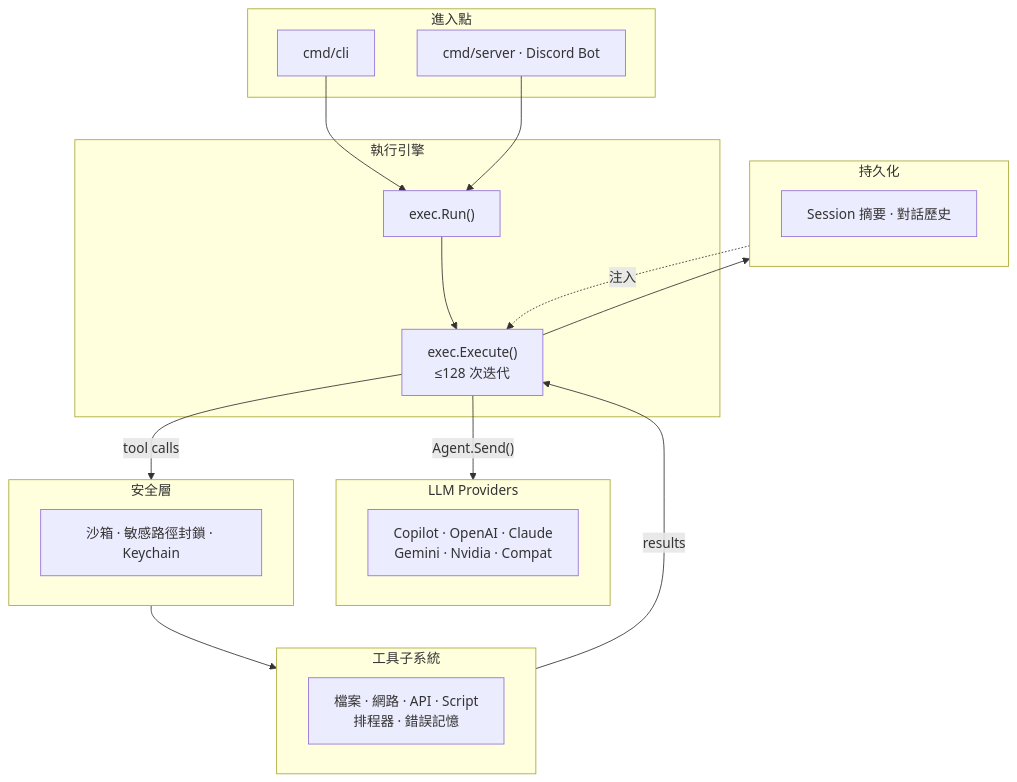
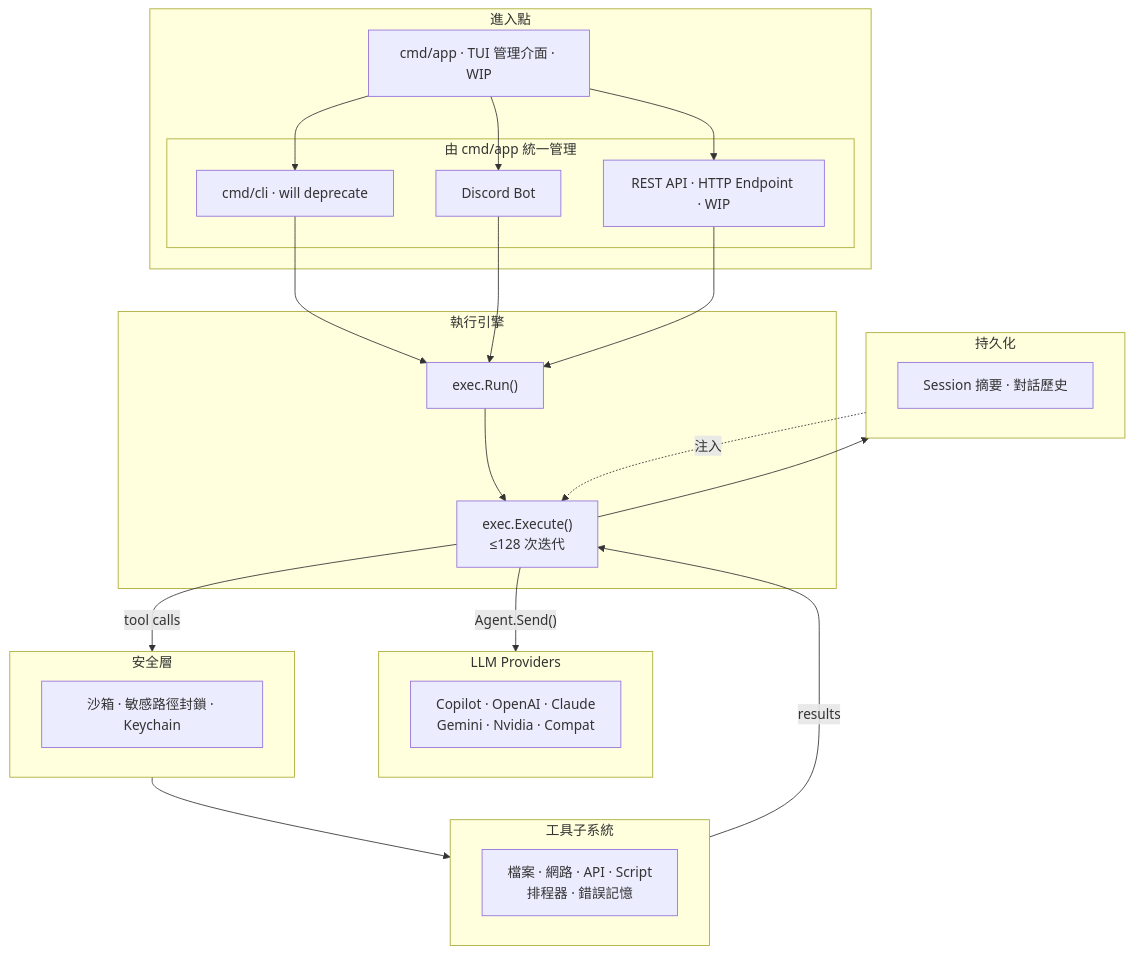
The first of 6 diagrams in doc/architecture.zh.md (pardnchiu/Agenvoy), drawn with Mermaid before and after one commit. The commit also changed 5 other files, not shown here.

Commit message:
feat: Integrate Discord bot and REST API into cmd/app and session format renderers

````diff
--- a/doc/architecture.zh.md
+++ b/doc/architecture.zh.md
@@ -9,38 +9,46 @@
 ```mermaid
 graph TB
     subgraph Entry ["進入點"]
-        CLI["cmd/cli"]
-        Discord["cmd/server · Discord Bot"]
+        App["cmd/app · TUI 管理介面 · WIP"]
+        subgraph Managed ["由 cmd/app 統一管理"]
+            CLI["cmd/cli · will deprecate"]
+            Discord["Discord Bot"]
+            API["REST API · HTTP Endpoint · WIP"]
+        end
     end
 
     subgraph Engine ["執行引擎"]
         Run["exec.Run()"]
         Execute["exec.Execute()\n≤128 次迭代"]
     end
 
     subgraph Providers ["LLM Providers"]
         P["Copilot · OpenAI · Claude\nGemini · Nvidia · Compat"]
     end
 
     subgraph Security ["安全層"]
         S["沙箱 · 敏感路徑封鎖 · Keychain"]
     end
 
     subgraph Tools ["工具子系統"]
         T["檔案 · 網路 · API · Script\n排程器 · 錯誤記憶"]
     end
 
     subgraph Persistence ["持久化"]
         PS["Session 摘要 · 對話歷史"]
     end
 
+    App --> CLI
+    App --> Discord
+    App --> API
     CLI --> Run
     Discord --> Run
+    API --> Run
     Run --> Execute
     Execute -->|"Agent.Send()"| Providers
     Execute -->|"tool calls"| Security
     Security --> Tools
     Tools -->|"results"| Execute
     Execute --> Persistence
     Persistence -.->|"注入"| Execute
 ```
````
